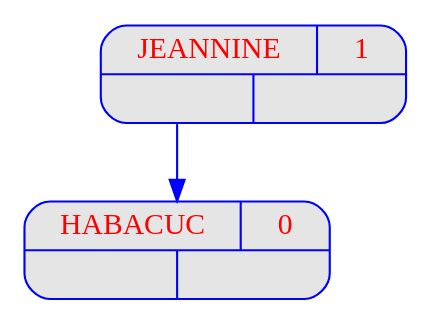
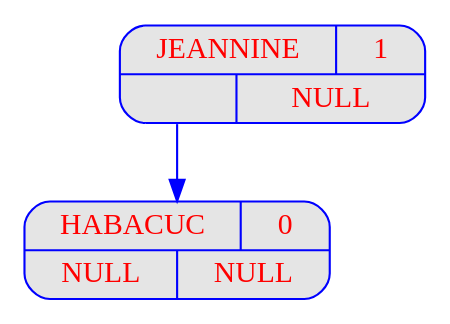
Before and after one commit to benech17/AVL-trees: the diagram in programme1/output/dot/_v01.dot, drawn with Graphviz. The commit also changed 22 other files, not shown here.

```diff
--- a/programme1/output/dot/_v01.dot
+++ b/programme1/output/dot/_v01.dot
@@ -1,32 +1,32 @@
 digraph  {
 	node [
 		fontname  = "Arial bold" 
 		fontsize  = "14"
 		fontcolor = "red"
 		style     = "rounded, filled"
 		shape     = "record"
 		fillcolor = "grey90"
 		color     = "blue"
 		width     = "2"
 	]
 
 	edge [
 		color     = "blue"
 	]
 
-	"JEANNINE
-" [label = "{{<c> JEANNINE
- | <b> 1} | { <g> | <d>}}"];
-	"JEANNINE
-" [label = "{{<c> JEANNINE
- | <b> 1} | { <g> | <d>}}"];
-	"JEANNINE
-":g -> "HABACUC
-";
-	"HABACUC
-" [label = "{{<c> HABACUC
- | <b> 0} | { <g> | <d>}}"];
-	"HABACUC
-" [label = "{{<c> HABACUC
- | <b> 0} | { <g> | <d>}}"];
+	JEANNINE
+ [label = "{{<c> JEANNINE
+ | <b> 1}| { <g> | <d>}}"];
+	JEANNINE
+ [label = "{{<c> JEANNINE
+ | <b> 1}| { <g> | <d> NULL}}"];
+	JEANNINE
+:g -> HABACUC
+;
+	HABACUC
+ [label = "{{<c> HABACUC
+ | <b> 0}| { <g> | <d>}}"];
+	HABACUC
+ [label = "{{<c> HABACUC
+ | <b> 0}| { <g> NULL | <d> NULL}}"];
 }
```
